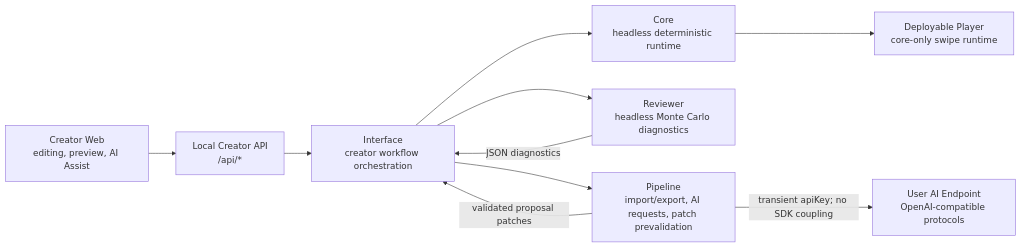
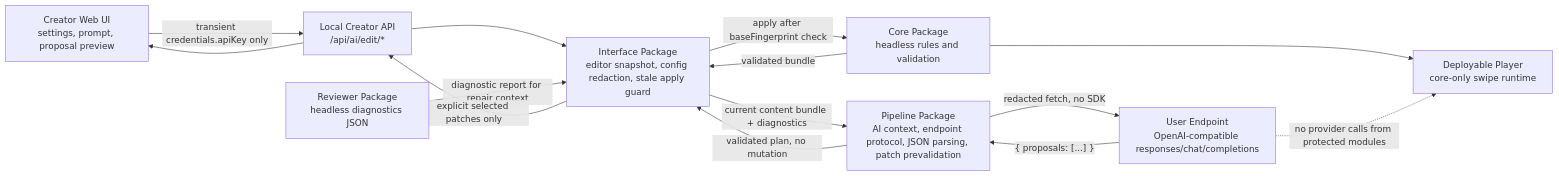
Before and after one commit to Sisyphe42/ReignsAgent: the diagram in README.md, drawn with Mermaid. The commit also changed other lines of this file, not shown here.

````diff
--- a/README.md
+++ b/README.md
@@ -49,21 +44,26 @@
 ```mermaid
 flowchart LR
-  creator["Creator Web<br/>editing, preview, AI Assist"]
-  api["Local Creator API<br/>/api/*"]
-  interface["Interface<br/>creator workflow orchestration"]
-  pipeline["Pipeline<br/>import/export, AI requests, patch prevalidation"]
-  reviewer["Reviewer<br/>headless Monte Carlo diagnostics"]
-  core["Core<br/>headless deterministic runtime"]
+  creator["Creator Web UI<br/>settings, prompt, proposal preview"]
+  localApi["Local Creator API<br/>/api/ai/edit/*"]
+  interface["Interface Package<br/>editor snapshot, config redaction, stale apply guard"]
+  pipeline["Pipeline Package<br/>AI context, endpoint protocol, JSON parsing, patch prevalidation"]
+  provider["User Endpoint<br/>OpenAI-compatible responses/chat/completions"]
+  reviewer["Reviewer Package<br/>headless diagnostics JSON"]
+  core["Core Package<br/>headless rules and validation"]
   player["Deployable Player<br/>core-only swipe runtime"]
-  provider["User AI Endpoint<br/>OpenAI-compatible protocols"]
 
-  creator --> api
-  api --> interface
-  interface --> core
-  interface --> reviewer
-  interface --> pipeline
-  pipeline -->|"transient apiKey; no SDK coupling"| provider
-  reviewer -->|"JSON diagnostics"| interface
-  pipeline -->|"validated proposal patches"| interface
+  creator -->|"transient credentials.apiKey only"| localApi
+  localApi --> interface
+  interface -->|"current content bundle + diagnostics"| pipeline
+  reviewer -->|"diagnostic report for repair context"| interface
+  pipeline -->|"redacted fetch, no SDK"| provider
+  provider -->|"{ proposals: [...] }"| pipeline
+  pipeline -->|"validated plan, no mutation"| interface
+  interface -->|"explicit selected patches only"| localApi
+  localApi --> creator
+  interface -->|"apply after baseFingerprint check"| core
+  core -->|"validated bundle"| interface
   core --> player
+
+  provider -. no provider calls from protected modules .-> player
 ```
````
